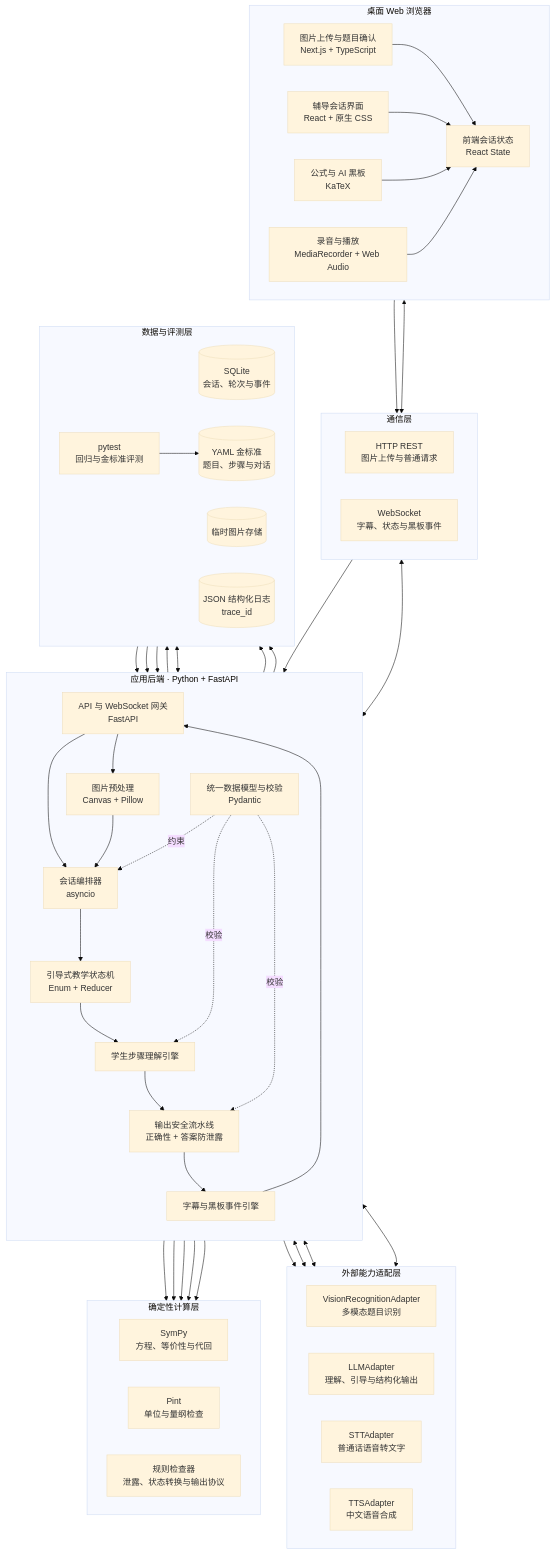
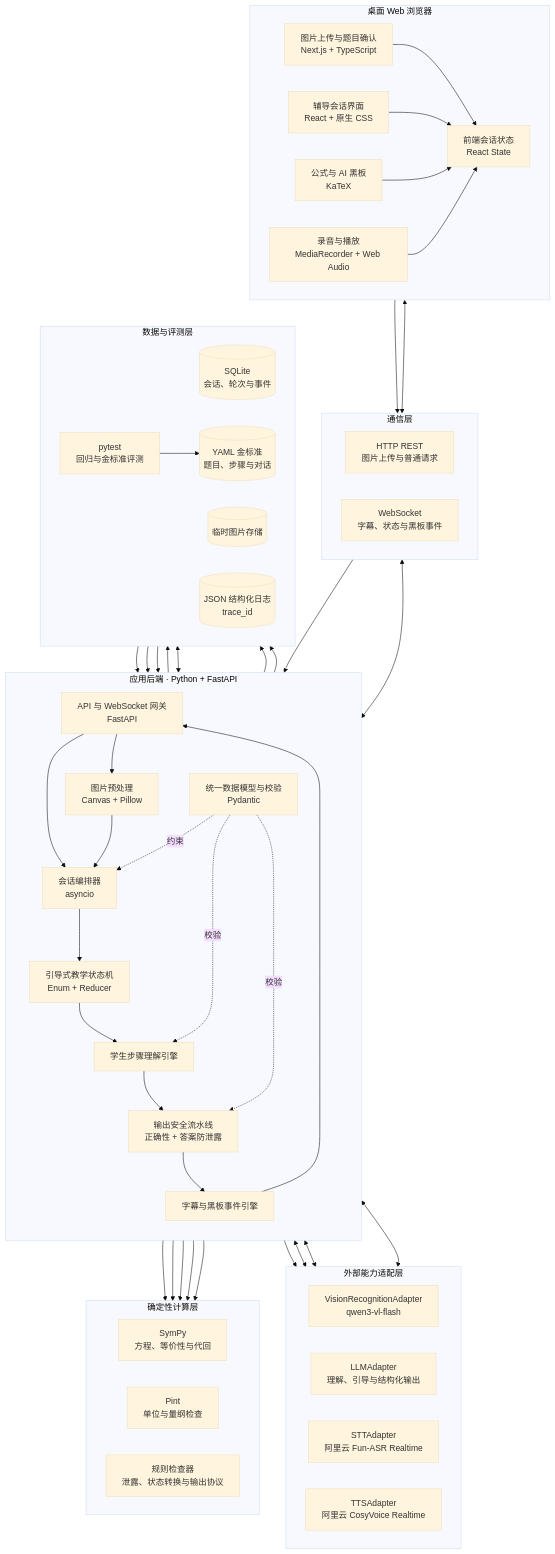
The first of 2 diagrams in voice-tutoring/DEMO_TECHNICAL_SELECTION_3_0_TO_3_8.md (BoyceZhao2026/build-mind), drawn with Mermaid (base theme) before and after one commit. The commit also changed other lines of this file, not shown here.

Commit message:
docs: finalize demo voice service selections

```diff
--- a/voice-tutoring/DEMO_TECHNICAL_SELECTION_3_0_TO_3_8.md
+++ b/voice-tutoring/DEMO_TECHNICAL_SELECTION_3_0_TO_3_8.md
@@ -108,10 +112,10 @@
 
     subgraph Adapters[外部能力适配层]
         direction LR
-        VisionAdapter[VisionRecognitionAdapter<br/>多模态题目识别]
+        VisionAdapter[VisionRecognitionAdapter<br/>qwen3-vl-flash]
         LLMAdapter[LLMAdapter<br/>理解、引导与结构化输出]
-        STTAdapter[STTAdapter<br/>普通话语音转文字]
-        TTSAdapter[TTSAdapter<br/>中文语音合成]
+        STTAdapter[STTAdapter<br/>阿里云 Fun-ASR Realtime]
+        TTSAdapter[TTSAdapter<br/>阿里云 CosyVoice Realtime]
     end
 
     subgraph Deterministic[确定性计算层]
```
